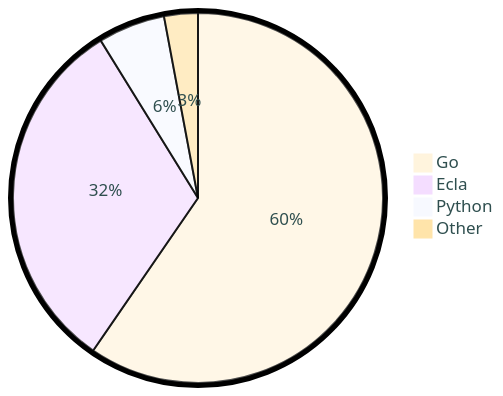
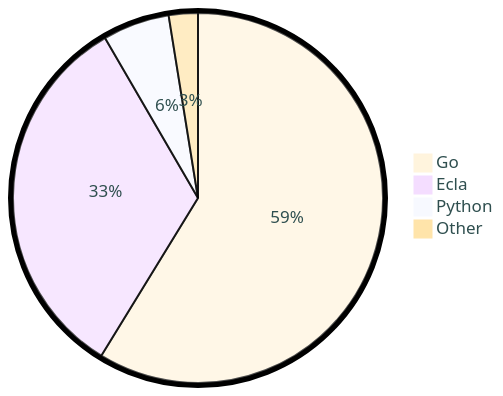
Before and after one commit to tot0p/tot0p: the diagram in README.md, drawn with Mermaid. The commit also changed other lines of this file, not shown here.

````diff
--- a/README.md
+++ b/README.md
@@ -76,8 +76,8 @@
 ```mermaid
 %%{init: {"pie": {"textPosition": 0.5}, "themeVariables": {"pieOuterStrokeWidth": "5px","primaryTextColor" : "#2F4F4F"},"theme":"base"} }%%
 pie
-	"Go": 59.59
-	"Ecla": 31.61
-	"Python": 5.86
-	"Other": 2.9499999999999997
+	"Go": 58.76
+	"Ecla": 32.87
+	"Python": 5.84
+	"Other": 2.54
 ```
````
